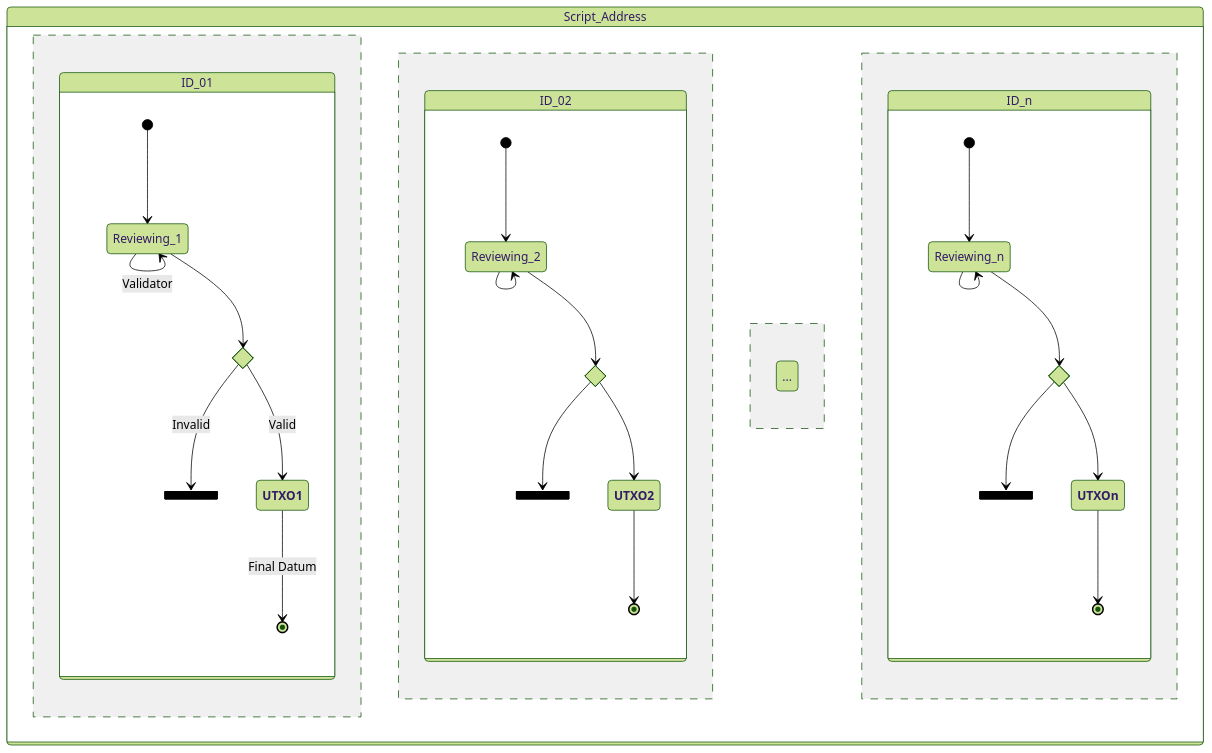
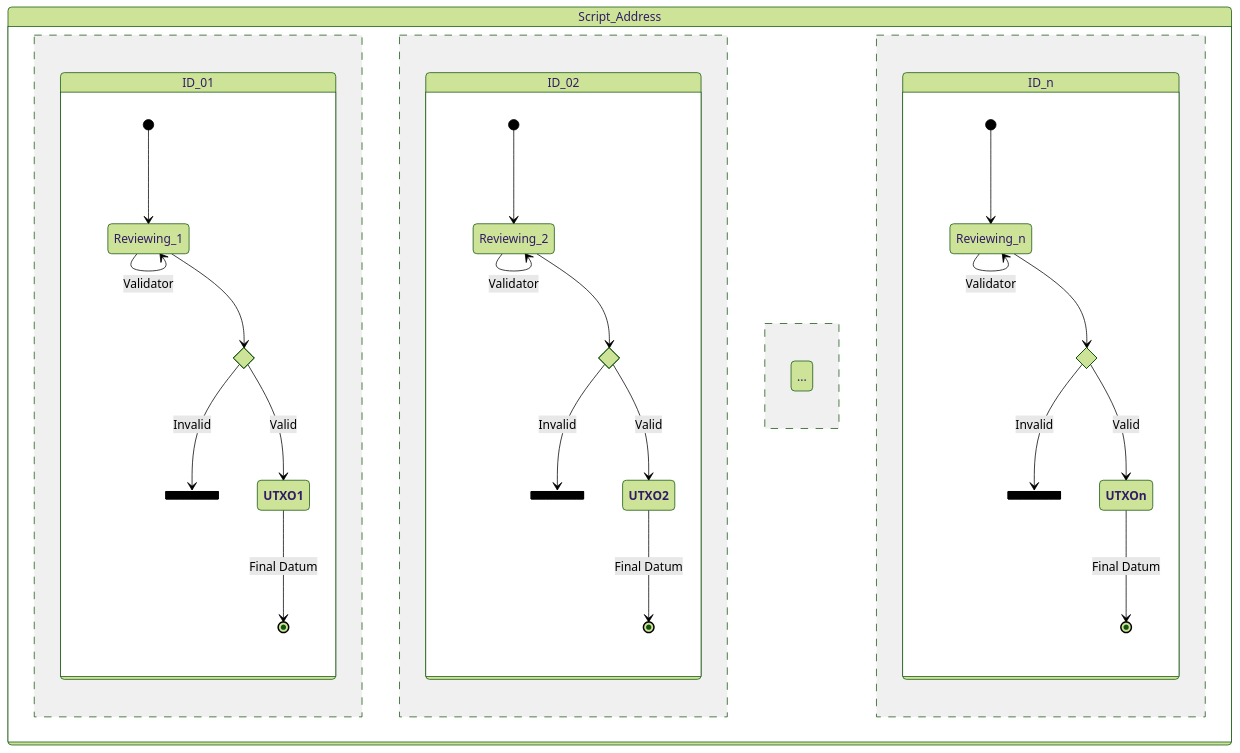
Before and after one commit to gufett0/p2p-review-protocol: the second of 2 diagrams in README.md, drawn with Mermaid (forest theme). The commit also changed other lines of this file, not shown here.

````diff
--- a/README.md
+++ b/README.md
@@ -46,39 +52,39 @@
 ```mermaid
 stateDiagram-v2
     state Script_Address {
         state Final <<choice>>
         state Final2 <<choice>>
         state Final3 <<choice>>
         state Empty <<fork>>
         state Empty2 <<fork>>
         state Empty3 <<fork>>
         state ID_01 {
         [*] --> Reviewing_1
         Reviewing_1 --> Reviewing_1: Validator
         Reviewing_1 --> Final
         Final --> Empty : Invalid
         Final --> <b>UTXO1</b> : Valid
         <b>UTXO1</b> --> [*] : Final Datum
         }
         --
         state ID_02 {
         [*] --> Reviewing_2
-        Reviewing_2 --> Reviewing_2
+        Reviewing_2 --> Reviewing_2: Validator
         Reviewing_2 --> Final2
-        Final2 --> Empty2 
-        Final2 --> <b>UTXO2</b> 
-        <b>UTXO2</b> --> [*] 
+        Final2 --> Empty2 : Invalid
+        Final2 --> <b>UTXO2</b> : Valid
+        <b>UTXO2</b> --> [*] : Final Datum
         }
         --
         ...
         --
         state ID_n {
         [*] --> Reviewing_n
-        Reviewing_n --> Reviewing_n
+        Reviewing_n --> Reviewing_n: Validator
         Reviewing_n --> Final3
-        Final3 --> Empty3 
-        Final3 --> <b>UTXOn</b> 
-        <b>UTXOn</b> --> [*] 
+        Final3 --> Empty3 : Invalid
+        Final3 --> <b>UTXOn</b> : Valid
+        <b>UTXOn</b> --> [*] : Final Datum
         }
     }
 ```
````
